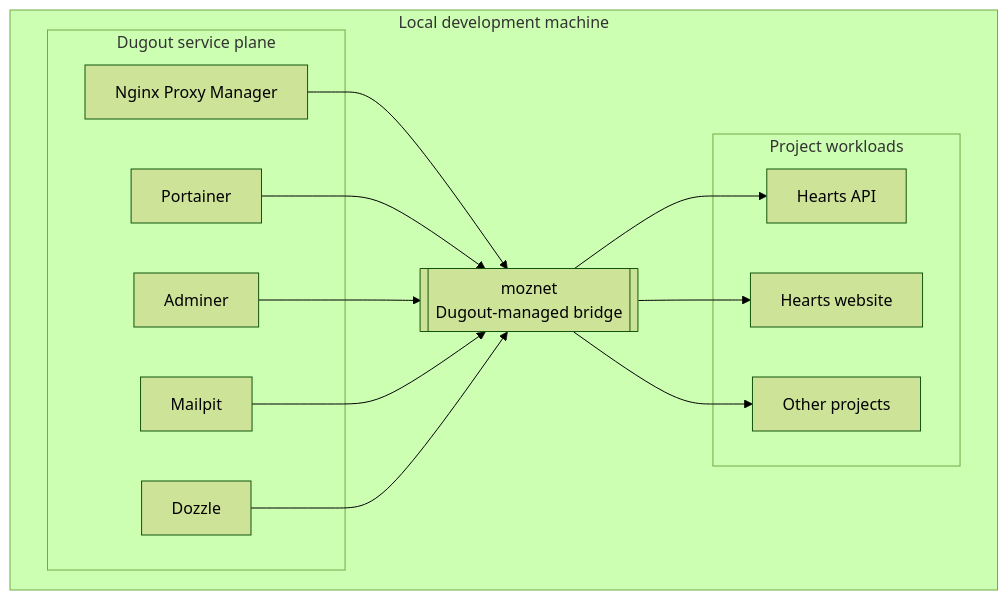
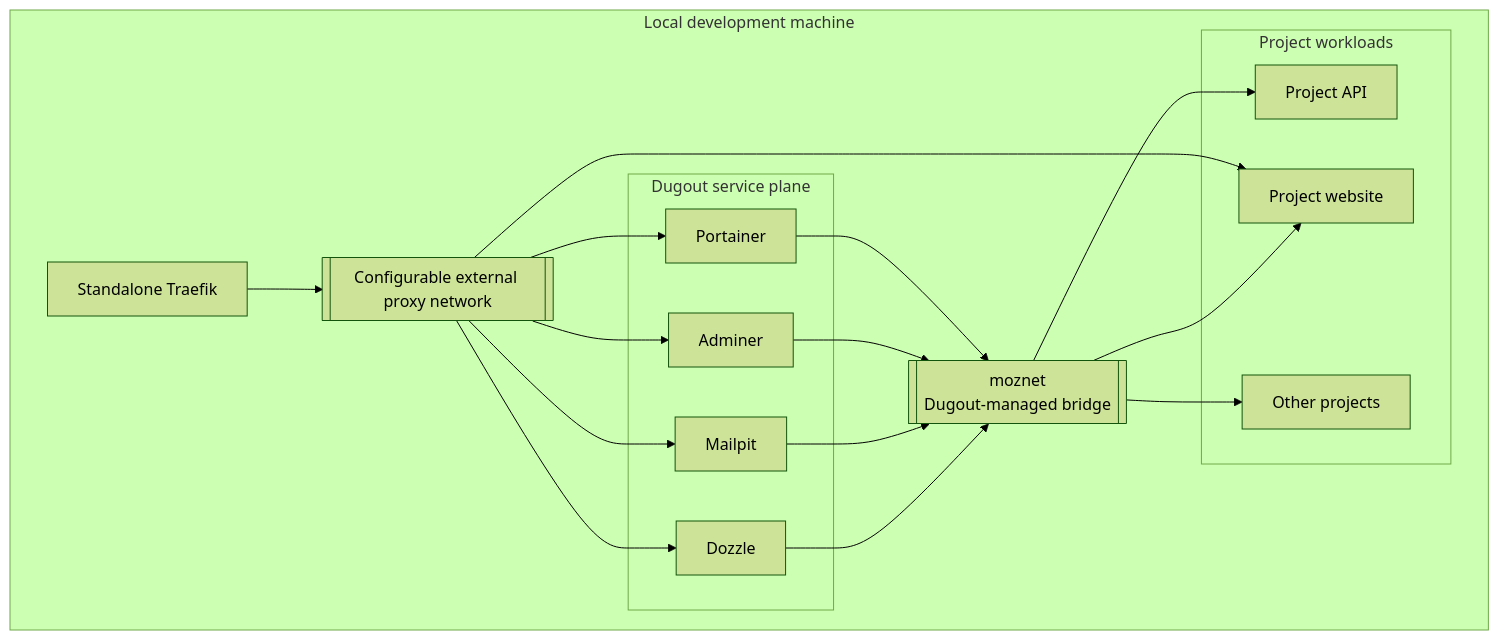
One commit to moztopia/dugout changed the first of 3 diagrams in docs/01-platform-architecture.md. Above: the diagram before and after it, drawn with Mermaid (forest theme). The commit also changed other lines of this file and 20 other files, not shown here.

First line of the commit message:
refactor(service): migrate reverse proxy ownership to standalone traefik stack

````diff
--- a/docs/01-platform-architecture.md
+++ b/docs/01-platform-architecture.md
@@ -31,29 +30,35 @@
 ```mermaid
 flowchart TB
     subgraph machine["Local development machine"]
+        proxy["Standalone Traefik"]
+        proxynet[["Configurable external proxy network"]]
         subgraph dugout["Dugout service plane"]
-            proxy["Nginx Proxy Manager"]
             portainer["Portainer"]
             adminer["Adminer"]
             mailpit["Mailpit"]
             dozzle["Dozzle"]
         end
 
         moznet[["moznet<br/>Dugout-managed bridge"]]
 
         subgraph projects["Project workloads"]
-            heartsApi["Hearts API"]
-            heartsWebsite["Hearts website"]
+            projectApi["Project API"]
+            projectWebsite["Project website"]
             others["Other projects"]
         end
 
-        proxy --> moznet
+        proxy --> proxynet
+        proxynet --> portainer
+        proxynet --> adminer
+        proxynet --> mailpit
+        proxynet --> dozzle
+        proxynet --> projectWebsite
         portainer --> moznet
         adminer --> moznet
         mailpit --> moznet
         dozzle --> moznet
-        moznet --> heartsApi
-        moznet --> heartsWebsite
+        moznet --> projectApi
+        moznet --> projectWebsite
         moznet --> others
     end
 ```
````
